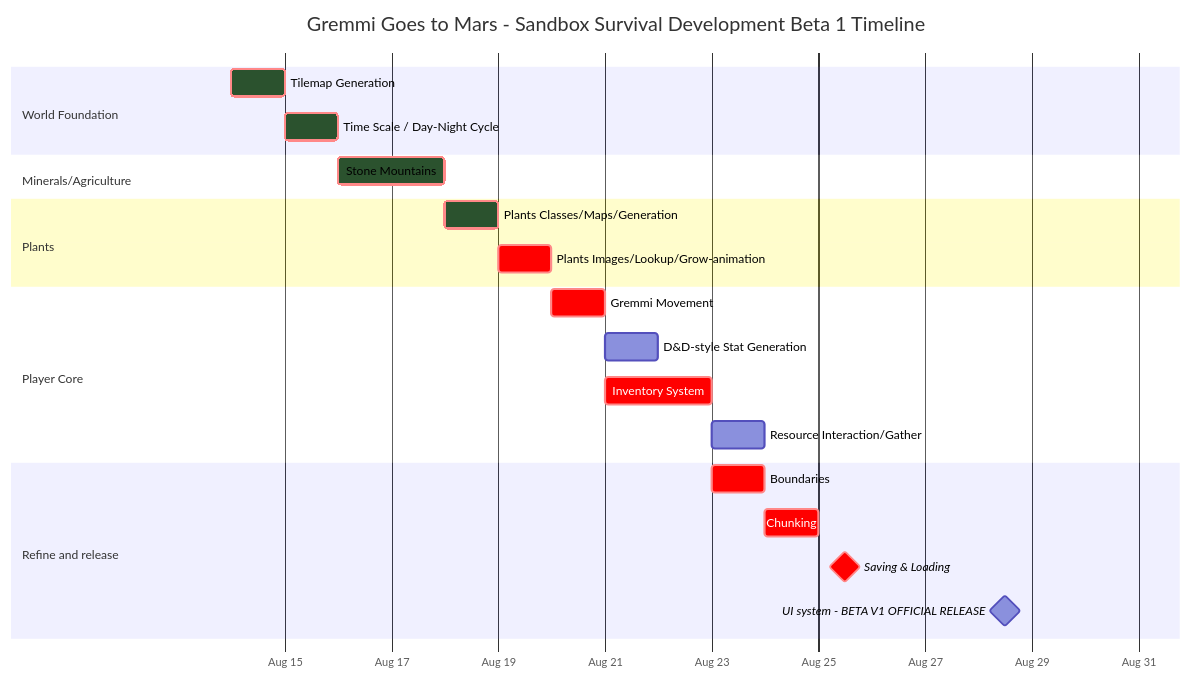
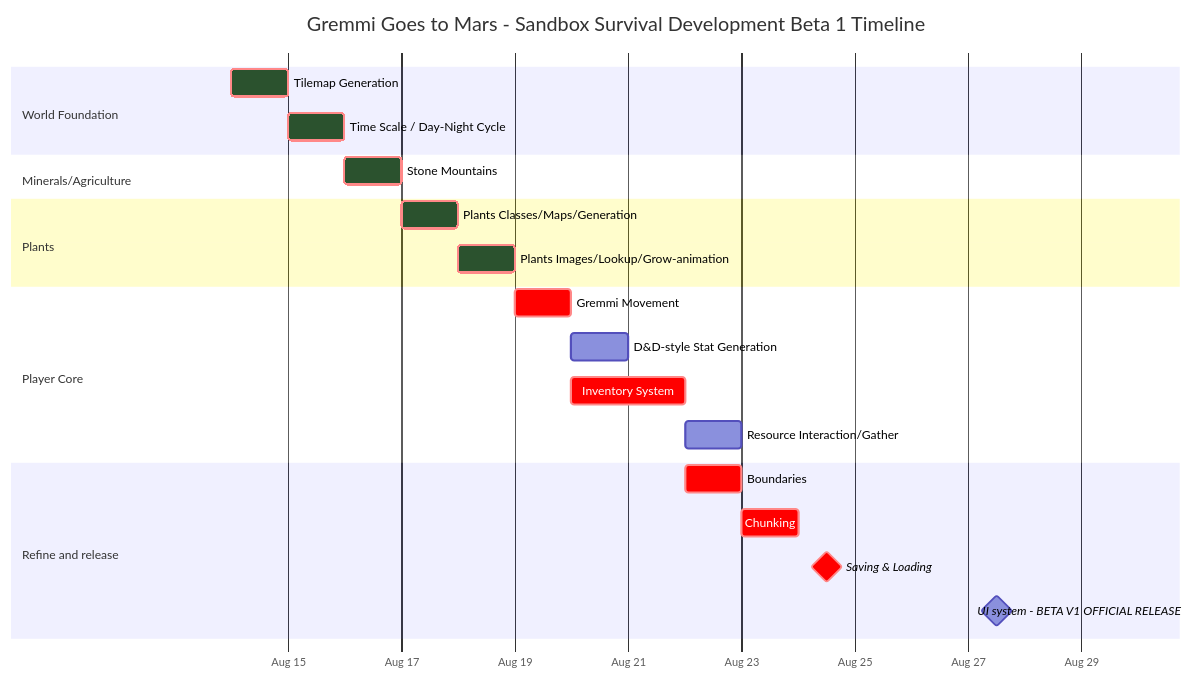
Before and after one commit to Jacobchestnut16/GremmiGoesToMars: the second of 3 diagrams in dist/README.md, drawn with Mermaid.

Commit message:
Minerals/Agriculture: TMP v1.1

````diff
--- a/dist/README.md
+++ b/dist/README.md
@@ -49,44 +49,44 @@
 ```mermaid
 %%{
     init: {
         'gantt': {
             'leftPadding': 200,
             'barHeight': 25,
             'barGap': 15,
             'topPadding': 60
         },
         'themeVariables': {
             'doneTaskBkgColor': '#2B522EFF'
         }
     }
 }%%
 gantt
     title Gremmi Goes to Mars - Sandbox Survival Development Beta 1 Timeline
     dateFormat  YYYY-MM-DD
     axisFormat  %b %d
     
     
     section World Foundation
     Tilemap Generation                          :crit, done, a1, 2025-08-14, 1d
     Time Scale / Day-Night Cycle                :crit, done, a2, after a1, 1d
     
     section Minerals/Agriculture
-    Stone Mountains                             :crit, done, a4, after a2, 1.5d
+    Stone Mountains                             :crit, done, a4, after a2, 1d
     
     section Plants
-    Plants Classes/Maps/Generation              :crit, done, a5, after a4, 0.75d
-    Plants Images/Lookup/Grow-animation         :crit, a6, after a5, 0.75d
+    Plants Classes/Maps/Generation              :crit, done, a5, after a4, 0.5d
+    Plants Images/Lookup/Grow-animation         :crit, done, a6, after a5, 0.5d
    
     
     section Player Core
     Gremmi Movement                 :crit, b1, after a6, 0.5d
     D&D-style Stat Generation       :b2, after b1, 0.5d
     Inventory System                :crit, b3, after b1, 2d
     Resource Interaction/Gather     :b5, after b3, 1d
     
     section Refine and release
     Boundaries                               :crit, c1, after b3, 0.5d
     Chunking                                 :crit, c2, after c1, 0.5d
     Saving & Loading                         :crit, milestone, b4, after c2, 1d
     UI system - BETA V1 OFFICIAL RELEASE     :milestone, release1, after b4, 5d
 ```
````
